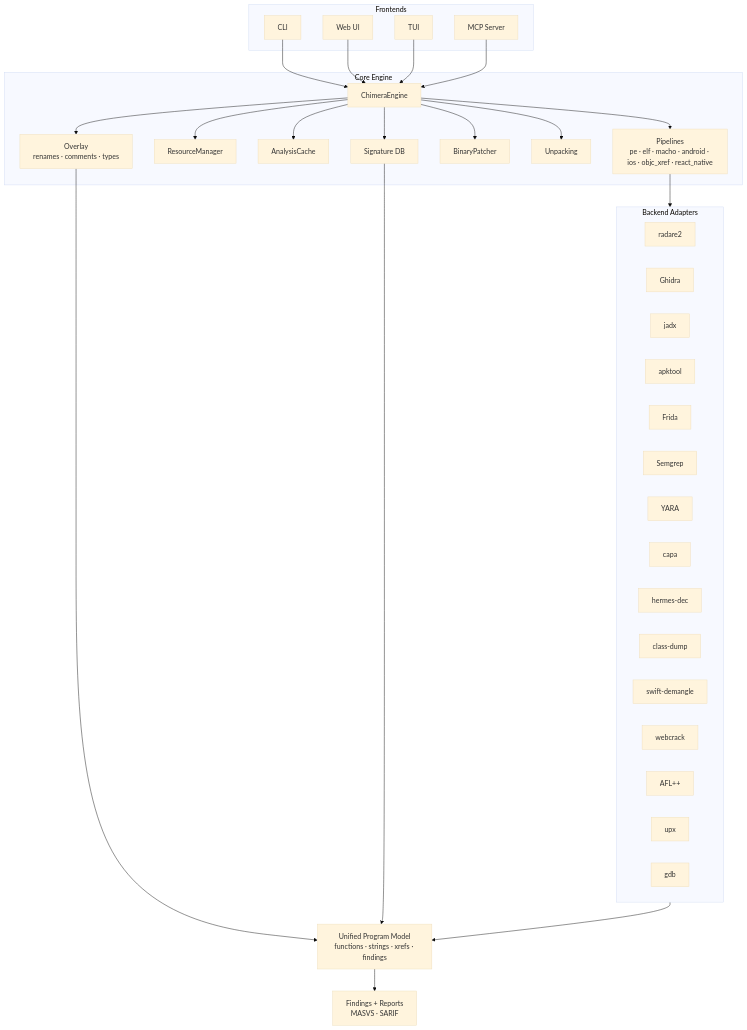
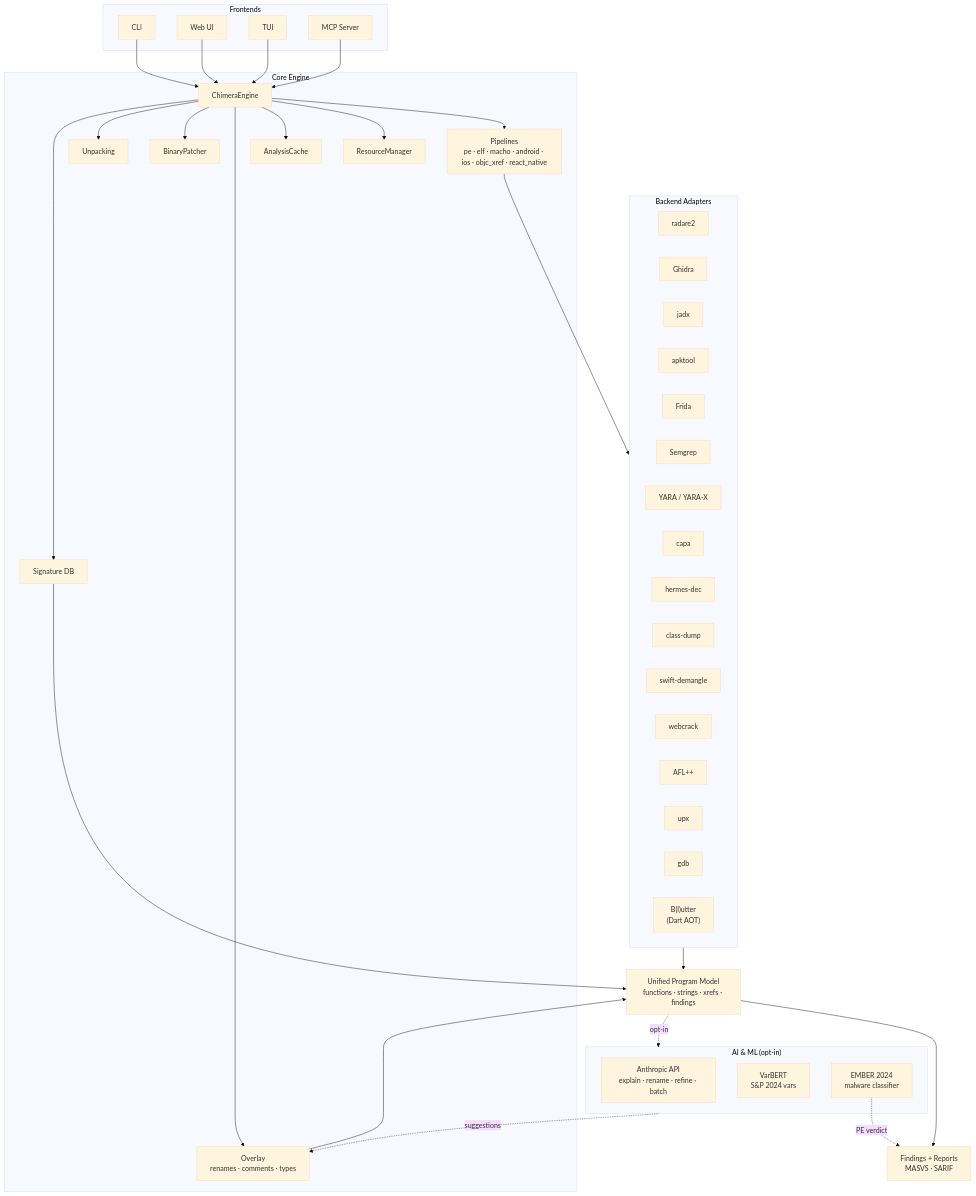
One commit to TyrusRC/chimera changed the first of 2 diagrams in README.md. Above: the diagram before and after it, drawn with Mermaid (base theme). The commit also changed other lines of this file, not shown here.

First line of the commit message:
docs(readme): cover AI assistant + VarBERT + EMBER + Flutter + similarity

````diff
--- a/README.md
+++ b/README.md
@@ -232,58 +273,68 @@
 ```mermaid
 flowchart TB
     subgraph Frontends
         CLI[CLI]
         Web[Web UI]
         TUI[TUI]
         MCP[MCP Server]
     end
 
     subgraph Core["Core Engine"]
         Engine[ChimeraEngine]
         Pipelines["Pipelines<br/>pe · elf · macho · android · ios · objc_xref · react_native"]
         ResMgr[ResourceManager]
         Cache[AnalysisCache]
         Overlay["Overlay<br/>renames · comments · types"]
         Patcher[BinaryPatcher]
         Unpack[Unpacking]
         SigDB[Signature DB]
     end
 
     subgraph Adapters["Backend Adapters"]
         R2[radare2]
         Ghidra[Ghidra]
         Jadx[jadx]
         Apktool[apktool]
         Frida[Frida]
         Semgrep[Semgrep]
-        YARA[YARA]
+        YARA["YARA / YARA-X"]
         Capa[capa]
         Hermes[hermes-dec]
         ClassDump[class-dump]
         Swift[swift-demangle]
         Webcrack[webcrack]
         AFL[AFL++]
         UPX[upx]
         Gdb[gdb]
+        Blutter["B(l)utter<br/>(Dart AOT)"]
+    end
+
+    subgraph AI["AI &amp; ML (opt-in)"]
+        Claude["Anthropic API<br/>explain · rename · refine · batch"]
+        VarBert["VarBERT<br/>S&amp;P 2024 vars"]
+        Ember["EMBER 2024<br/>malware classifier"]
     end
 
     Model["Unified Program Model<br/>functions · strings · xrefs · findings"]
     Findings["Findings + Reports<br/>MASVS · SARIF"]
 
     CLI --> Engine
     Web --> Engine
     TUI --> Engine
     MCP --> Engine
     Engine --> Pipelines
     Engine --> ResMgr
     Engine --> Cache
     Engine --> Overlay
     Engine --> Patcher
     Engine --> Unpack
     Engine --> SigDB
     Pipelines --> Adapters
     Adapters --> Model
     Overlay --> Model
     SigDB --> Model
     Model --> Findings
+    Model -. opt-in .-> AI
+    AI -. suggestions .-> Overlay
+    Ember -. PE verdict .-> Findings
 ```
````
